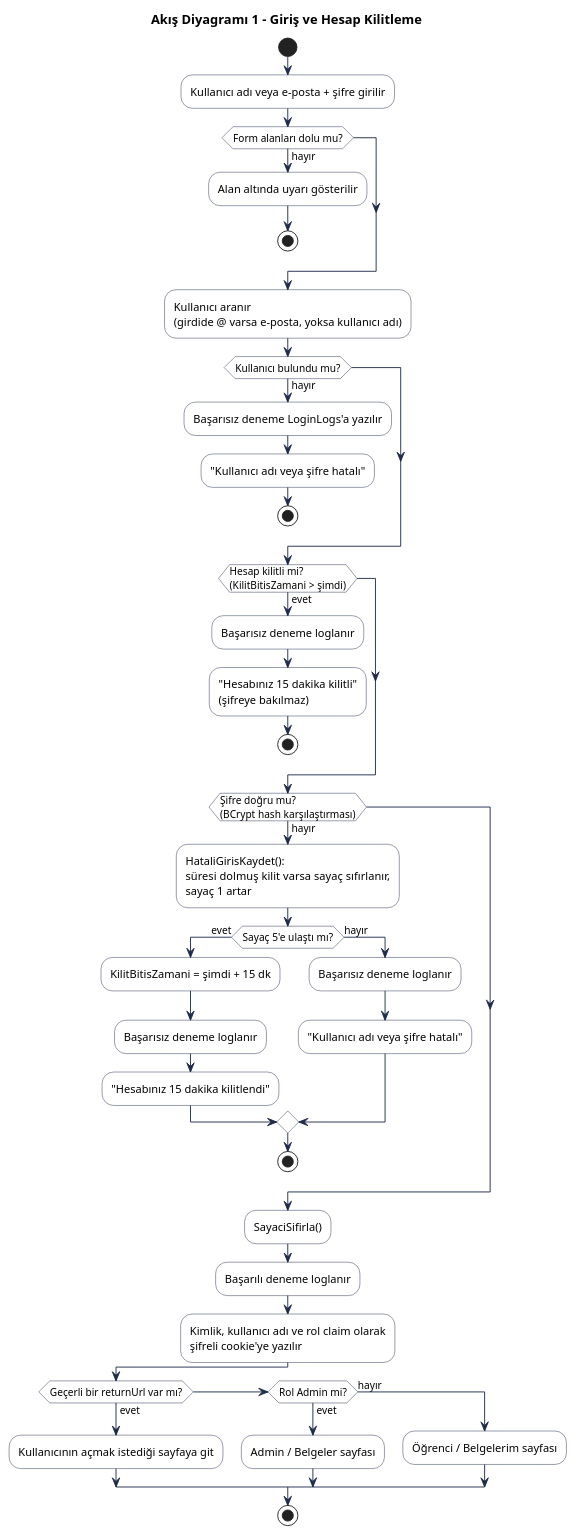
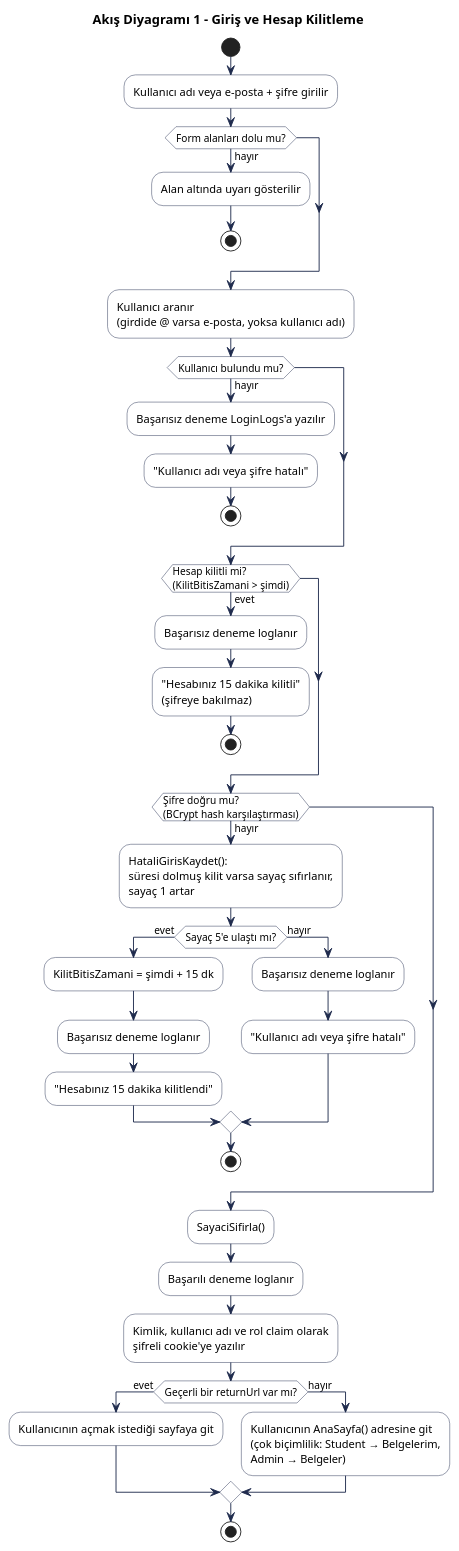
The diagram in Diyagramlar/akis-giris.puml (asticfant/Staj-Evrak-Sistemi), drawn with PlantUML before and after one commit. The commit also changed 23 other files, not shown here.

First line of the commit message:
Vize öncesi düzeltmeler: çok biçimlilik, DocxReader, alan kuralları, 403 yönlendirme

```diff
--- a/Diyagramlar/akis-giris.puml
+++ b/Diyagramlar/akis-giris.puml
@@ -1,48 +1,46 @@
 @startuml akis-giris
 title Akış Diyagramı 1 – Giriş ve Hesap Kilitleme
 skinparam defaultFontName Arial
 skinparam ActivityBackgroundColor #FFFFFF
 skinparam ActivityBorderColor #1F2B4D
 skinparam ArrowColor #1F2B4D
 
 start
 :Kullanıcı adı veya e-posta + şifre girilir;
 if (Form alanları dolu mu?) then (hayır)
   :Alan altında uyarı gösterilir;
   stop
 endif
 :Kullanıcı aranır\n(girdide @ varsa e-posta, yoksa kullanıcı adı);
 if (Kullanıcı bulundu mu?) then (hayır)
   :Başarısız deneme LoginLogs'a yazılır;
   :"Kullanıcı adı veya şifre hatalı";
   stop
 endif
 if (Hesap kilitli mi?\n(KilitBitisZamani > şimdi)) then (evet)
   :Başarısız deneme loglanır;
   :"Hesabınız 15 dakika kilitli"\n(şifreye bakılmaz);
   stop
 endif
 if (Şifre doğru mu?\n(BCrypt hash karşılaştırması)) then (hayır)
   :HataliGirisKaydet():\nsüresi dolmuş kilit varsa sayaç sıfırlanır,\nsayaç 1 artar;
   if (Sayaç 5'e ulaştı mı?) then (evet)
     :KilitBitisZamani = şimdi + 15 dk;
     :Başarısız deneme loglanır;
     :"Hesabınız 15 dakika kilitlendi";
   else (hayır)
     :Başarısız deneme loglanır;
     :"Kullanıcı adı veya şifre hatalı";
   endif
   stop
 endif
 :SayaciSifirla();
 :Başarılı deneme loglanır;
 :Kimlik, kullanıcı adı ve rol claim olarak\nşifreli cookie'ye yazılır;
 if (Geçerli bir returnUrl var mı?) then (evet)
   :Kullanıcının açmak istediği sayfaya git;
-elseif (Rol Admin mi?) then (evet)
-  :Admin / Belgeler sayfası;
 else (hayır)
-  :Öğrenci / Belgelerim sayfası;
+  :Kullanıcının AnaSayfa() adresine git\n(çok biçimlilik: Student → Belgelerim,\nAdmin → Belgeler);
 endif
 stop
 @enduml
```
